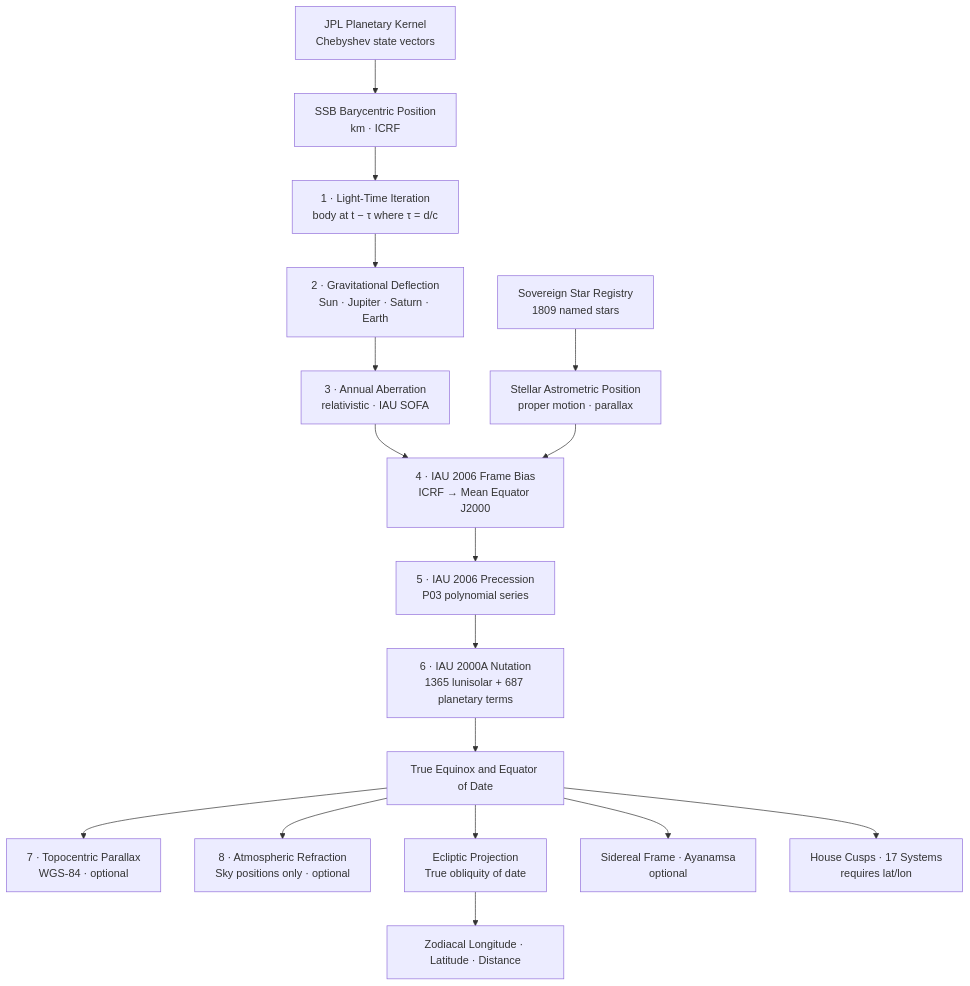
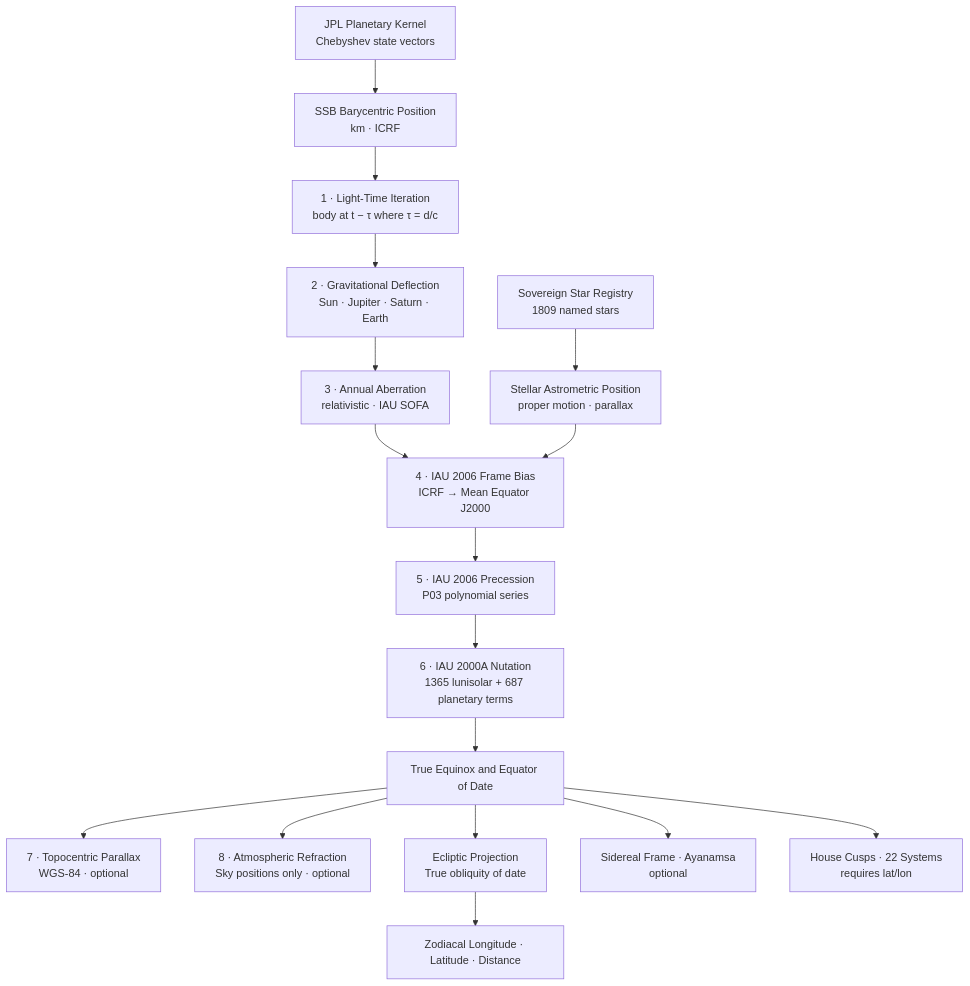
Before and after one commit to TheDaniel166/moira: the diagram in README.md, drawn with Mermaid. The commit also changed other lines of this file and 3 other files, not shown here.

Commit message:
feat: update README and documentation for house systems and provenance clarity

````diff
--- a/README.md
+++ b/README.md
@@ -290,19 +290,19 @@
 ```mermaid
 graph TD
     A[JPL Planetary Kernel\nChebyshev state vectors] --> B[SSB Barycentric Position\nkm · ICRF]
     C[Sovereign Star Registry\n1809 named stars] --> D[Stellar Astrometric Position\nproper motion · parallax]
     B --> E[1 · Light-Time Iteration\nbody at t − τ  where τ = d/c]
     E --> F[2 · Gravitational Deflection\nSun · Jupiter · Saturn · Earth]
     F --> G[3 · Annual Aberration\nrelativistic · IAU SOFA]
     G --> H[4 · IAU 2006 Frame Bias\nICRF → Mean Equator J2000]
     D --> H
     H --> I[5 · IAU 2006 Precession\nP03 polynomial series]
     I --> J[6 · IAU 2000A Nutation\n1365 lunisolar + 687 planetary terms]
     J --> K[True Equinox and Equator of Date]
     K --> L[7 · Topocentric Parallax\nWGS-84 · optional]
     K --> M[8 · Atmospheric Refraction\nSky positions only · optional]
     K --> N[Ecliptic Projection\nTrue obliquity of date]
     N --> O[Zodiacal Longitude · Latitude · Distance]
     K --> P[Sidereal Frame · Ayanamsa\noptional]
-    K --> Q[House Cusps · 17 Systems\nrequires lat/lon]
+    K --> Q[House Cusps · 22 Systems\nrequires lat/lon]
 ```
````
